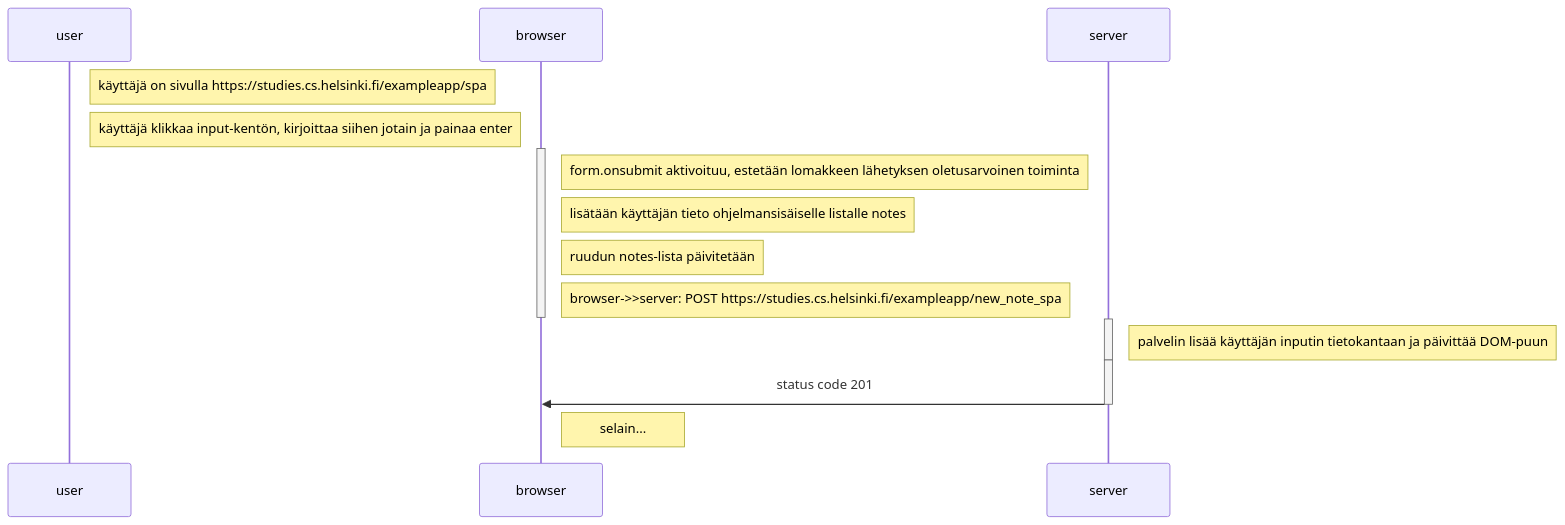
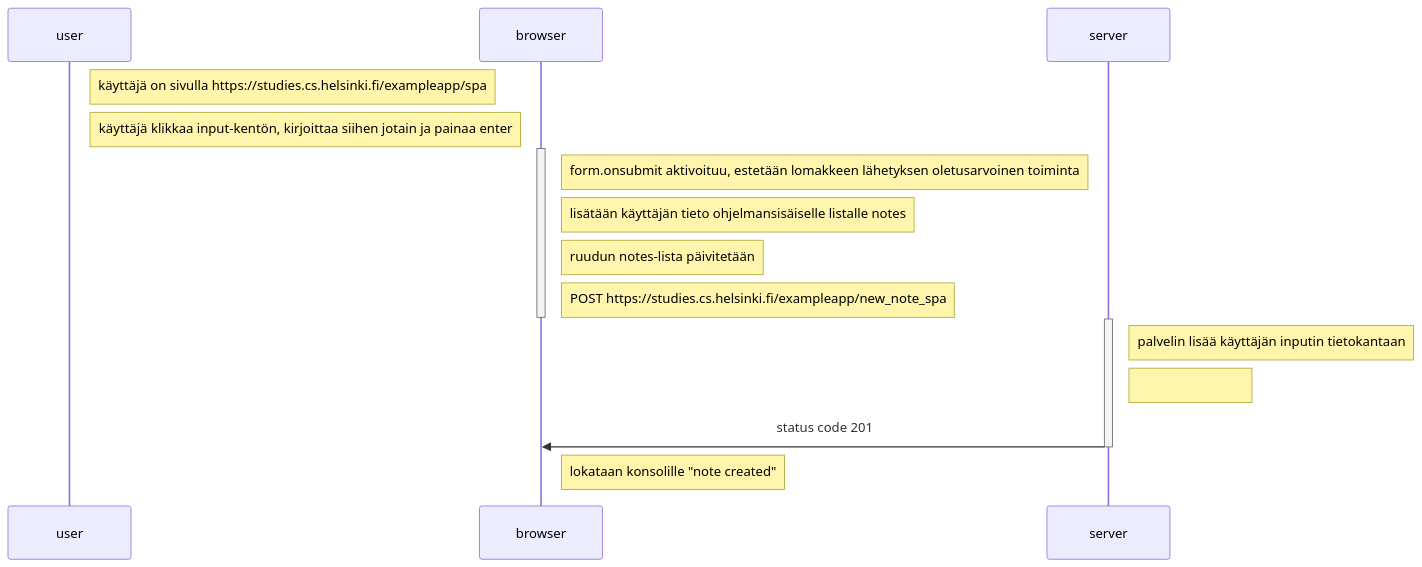
Before and after one commit to moocjsi/mooc-harj03: the diagram in mermaid-test9.md, drawn with Mermaid.

````diff
--- a/mermaid-test9.md
+++ b/mermaid-test9.md
@@ -2,28 +2,26 @@
 ```mermaid
 sequenceDiagram
     participant user
     participant browser
     participant server
 
     Note right of user: käyttäjä on sivulla https://studies.cs.helsinki.fi/exampleapp/spa
     Note right of user: käyttäjä klikkaa input-kentön, kirjoittaa siihen jotain ja painaa enter
 
     activate browser
     Note right of browser: form.onsubmit aktivoituu, estetään lomakkeen lähetyksen oletusarvoinen toiminta
     Note right of browser: lisätään käyttäjän tieto ohjelmansisäiselle listalle notes
     Note right of browser: ruudun notes-lista päivitetään
-    Note right of browser: browser->>server: POST https://studies.cs.helsinki.fi/exampleapp/new_note_spa
+    Note right of browser: POST https://studies.cs.helsinki.fi/exampleapp/new_note_spa
     deactivate browser
 
     activate server
-    Note right of server: palvelin lisää käyttäjän inputin tietokantaan ja päivittää DOM-puun
-    deactivate server
-
-    activate server
+    Note right of server: palvelin lisää käyttäjän inputin tietokantaan
+    Note right of server: 
     server->>browser: status code 201
     deactivate server
 
-    Note right of browser: selain...
+    Note right of browser: lokataan konsolille "note created"
 
 
 ```
````
